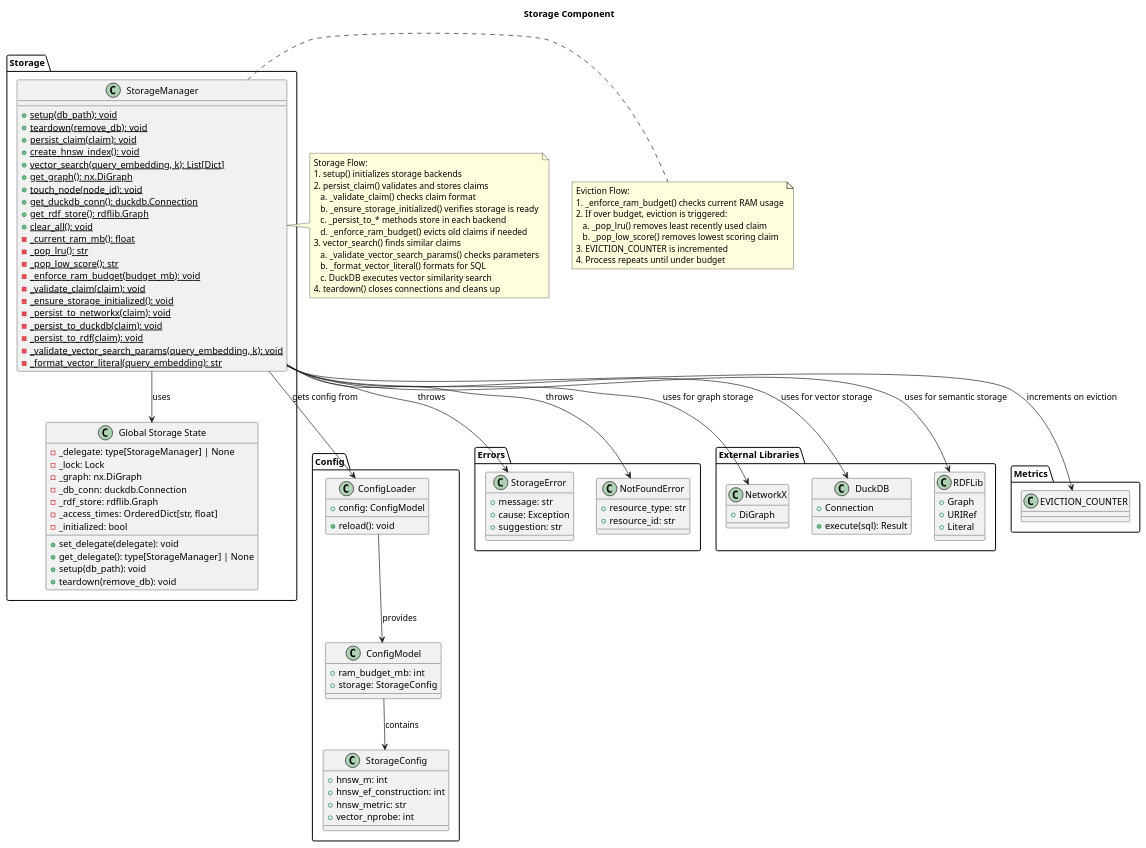
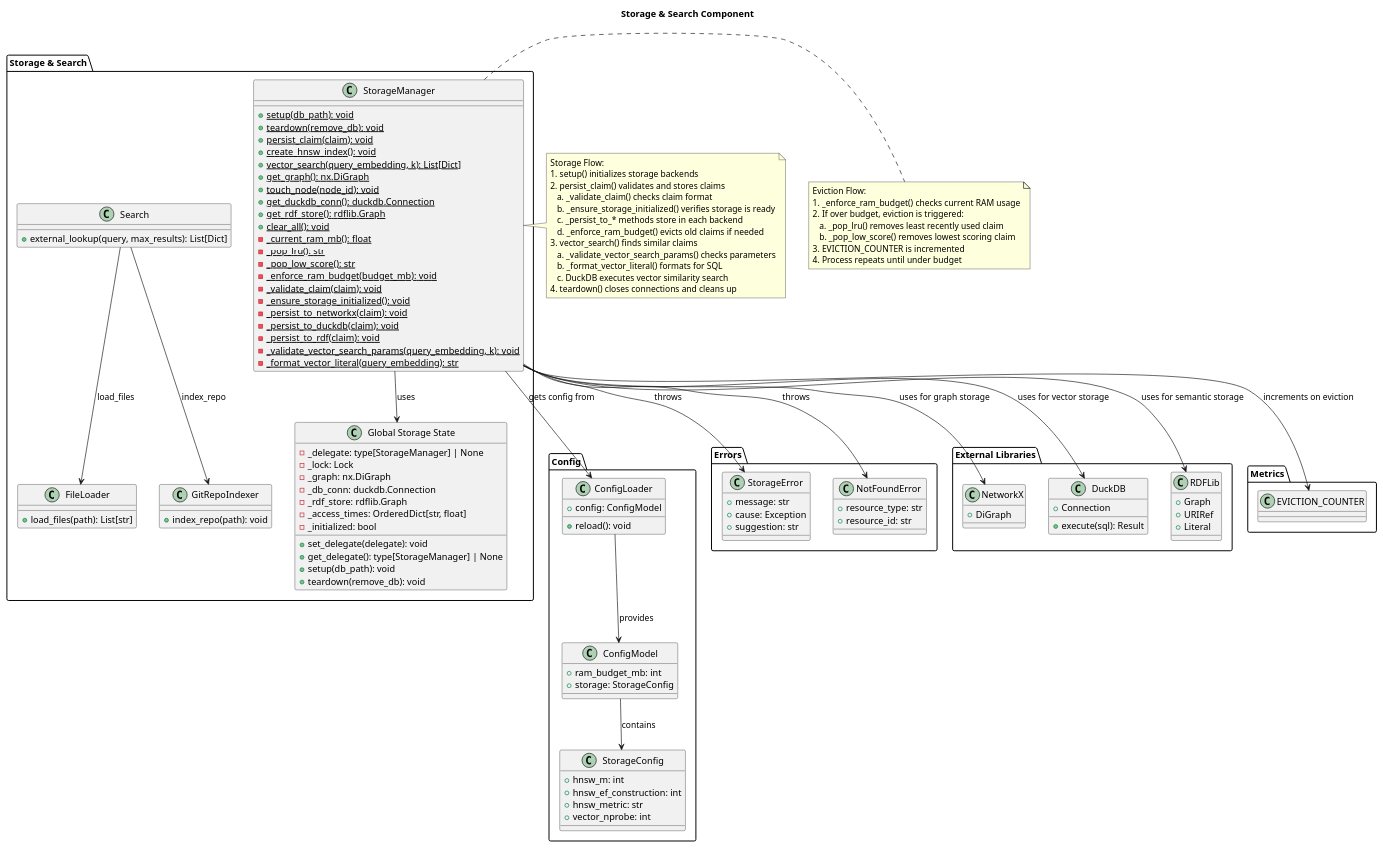
The diagram in docs/diagrams/storage.puml (ravenoak/autoresearch), drawn with PlantUML before and after one commit. The commit also changed 1 other file, not shown here.

Commit message:
docs: remove rendered diagrams

```diff
--- a/docs/diagrams/storage.puml
+++ b/docs/diagrams/storage.puml
@@ -1,137 +1,152 @@
 @startuml
-title Storage Component
+title Storage & Search Component
 
-package "Storage" {
+package "Storage & Search" {
   class StorageManager {
     + {static} setup(db_path): void
     + {static} teardown(remove_db): void
     + {static} persist_claim(claim): void
     + {static} create_hnsw_index(): void
     + {static} vector_search(query_embedding, k): List[Dict]
     + {static} get_graph(): nx.DiGraph
     + {static} touch_node(node_id): void
     + {static} get_duckdb_conn(): duckdb.Connection
     + {static} get_rdf_store(): rdflib.Graph
     + {static} clear_all(): void
     - {static} _current_ram_mb(): float
     - {static} _pop_lru(): str
     - {static} _pop_low_score(): str
     - {static} _enforce_ram_budget(budget_mb): void
     - {static} _validate_claim(claim): void
     - {static} _ensure_storage_initialized(): void
     - {static} _persist_to_networkx(claim): void
     - {static} _persist_to_duckdb(claim): void
     - {static} _persist_to_rdf(claim): void
     - {static} _validate_vector_search_params(query_embedding, k): void
     - {static} _format_vector_literal(query_embedding): str
+  }
+
+  class FileLoader {
+    + load_files(path): List[str]
+  }
+
+  class GitRepoIndexer {
+    + index_repo(path): void
+  }
+
+  class Search {
+    + external_lookup(query, max_results): List[Dict]
   }
 
   class "Global Storage State" as GlobalState {
     - _delegate: type[StorageManager] | None
     - _lock: Lock
     - _graph: nx.DiGraph
     - _db_conn: duckdb.Connection
     - _rdf_store: rdflib.Graph
     - _access_times: OrderedDict[str, float]
     - _initialized: bool
     + set_delegate(delegate): void
     + get_delegate(): type[StorageManager] | None
     + setup(db_path): void
     + teardown(remove_db): void
   }
 }
 
 package "Config" {
   class ConfigLoader {
     + config: ConfigModel
     + reload(): void
   }
 
   class ConfigModel {
     + ram_budget_mb: int
     + storage: StorageConfig
   }
 
   class StorageConfig {
     + hnsw_m: int
     + hnsw_ef_construction: int
     + hnsw_metric: str
     + vector_nprobe: int
   }
 }
 
 package "Errors" {
   class StorageError {
     + message: str
     + cause: Exception
     + suggestion: str
   }
 
   class NotFoundError {
     + resource_type: str
     + resource_id: str
   }
 }
 
 package "External Libraries" {
   class "NetworkX" as NetworkX {
     + DiGraph
   }
 
   class "DuckDB" as DuckDB {
     + Connection
     + execute(sql): Result
   }
 
   class "RDFLib" as RDFLib {
     + Graph
     + URIRef
     + Literal
   }
 }
 
 package "Metrics" {
   class "EVICTION_COUNTER" as EvictionCounter
 }
 
 ' Relationships
 StorageManager --> GlobalState : uses
 StorageManager --> ConfigLoader : gets config from
 StorageManager --> StorageError : throws
 StorageManager --> NotFoundError : throws
 StorageManager --> NetworkX : uses for graph storage
 StorageManager --> DuckDB : uses for vector storage
 StorageManager --> RDFLib : uses for semantic storage
 StorageManager --> EvictionCounter : increments on eviction
 
+Search --> FileLoader : load_files
+Search --> GitRepoIndexer : index_repo
+
 ConfigLoader --> ConfigModel : provides
 ConfigModel --> StorageConfig : contains
 
 ' Storage flow
 note right of StorageManager
   Storage Flow:
   1. setup() initializes storage backends
   2. persist_claim() validates and stores claims
      a. _validate_claim() checks claim format
      b. _ensure_storage_initialized() verifies storage is ready
      c. _persist_to_* methods store in each backend
      d. _enforce_ram_budget() evicts old claims if needed
   3. vector_search() finds similar claims
      a. _validate_vector_search_params() checks parameters
      b. _format_vector_literal() formats for SQL
      c. DuckDB executes vector similarity search
   4. teardown() closes connections and cleans up
 end note
 
 ' Eviction flow
 note right of StorageManager
   Eviction Flow:
   1. _enforce_ram_budget() checks current RAM usage
   2. If over budget, eviction is triggered:
      a. _pop_lru() removes least recently used claim
      b. _pop_low_score() removes lowest scoring claim
   3. EVICTION_COUNTER is incremented
   4. Process repeats until under budget
 end note
 
 @enduml
```
